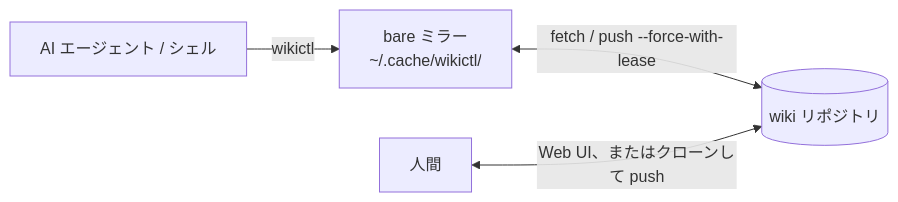
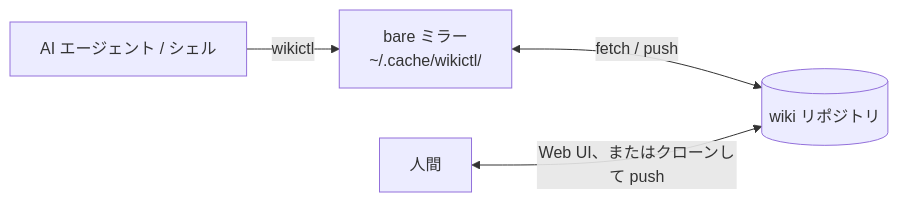
The diagram in README.ja.md (roamer7038/wikictl), drawn with Mermaid before and after one commit. The commit also changed other lines of this file and 4 other files, not shown here.

````diff
--- a/README.ja.md
+++ b/README.ja.md
@@ -11,6 +9,6 @@
 ```mermaid
 flowchart LR
   agent["AI エージェント / シェル"] -->|wikictl| mirror["bare ミラー<br>~/.cache/wikictl/"]
-  mirror <-->|"fetch / push --force-with-lease"| repo[("wiki リポジトリ")]
+  mirror <-->|"fetch / push"| repo[("wiki リポジトリ")]
   person["人間"] <-->|"Web UI、またはクローンして push"| repo
 ```
````
